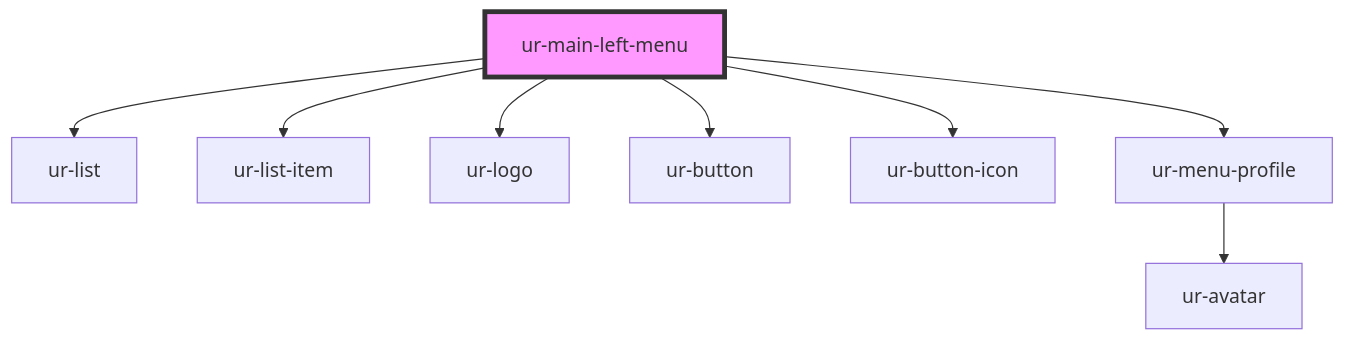
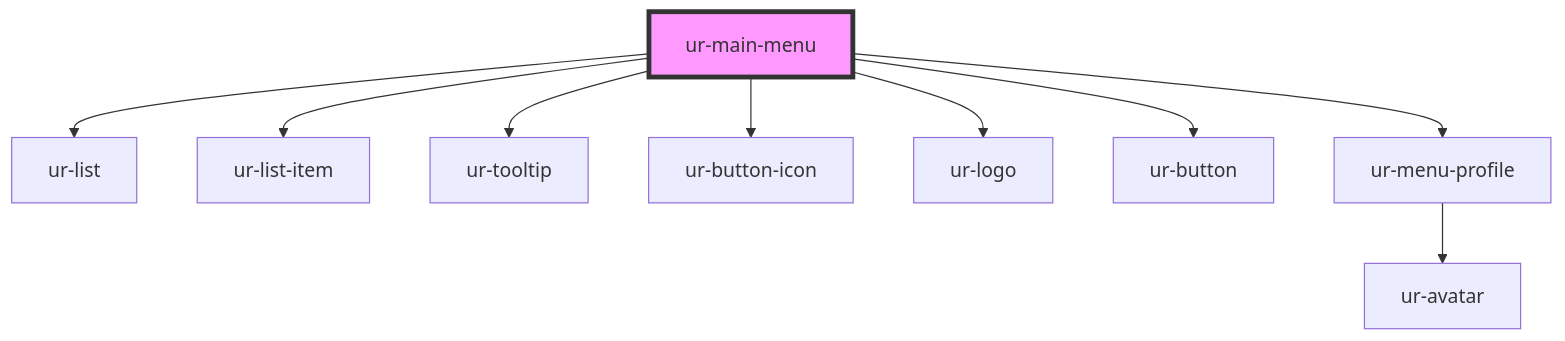
One commit to hellish/urnovl-web-components changed the diagram in src/components/ur-main-menu/readme.md. Above: the diagram before and after it, drawn with Mermaid. The commit also changed other lines of this file and 10 other files, not shown here.

````diff
--- a/src/components/ur-main-menu/readme.md
+++ b/src/components/ur-main-menu/readme.md
@@ -38,11 +70,12 @@
 ```mermaid
 graph TD;
-  ur-main-left-menu --> ur-list
-  ur-main-left-menu --> ur-list-item
-  ur-main-left-menu --> ur-logo
-  ur-main-left-menu --> ur-button
-  ur-main-left-menu --> ur-button-icon
-  ur-main-left-menu --> ur-menu-profile
+  ur-main-menu --> ur-list
+  ur-main-menu --> ur-list-item
+  ur-main-menu --> ur-tooltip
+  ur-main-menu --> ur-button-icon
+  ur-main-menu --> ur-logo
+  ur-main-menu --> ur-button
+  ur-main-menu --> ur-menu-profile
   ur-menu-profile --> ur-avatar
-  style ur-main-left-menu fill:#f9f,stroke:#333,stroke-width:4px
+  style ur-main-menu fill:#f9f,stroke:#333,stroke-width:4px
 ```
````
